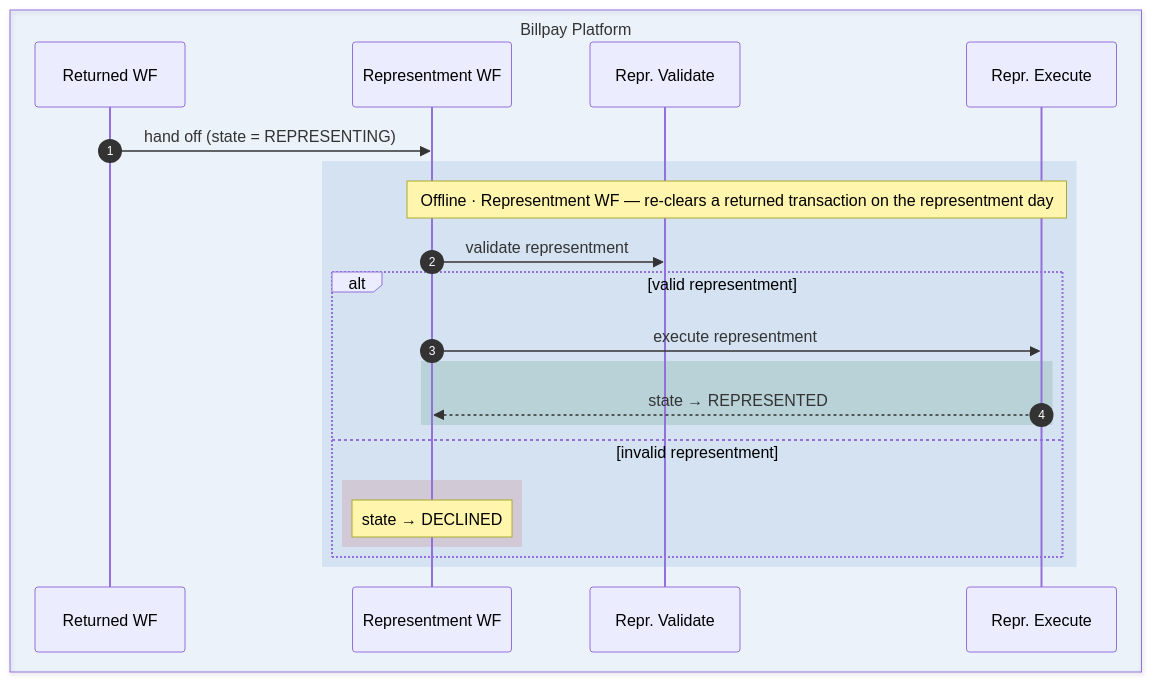
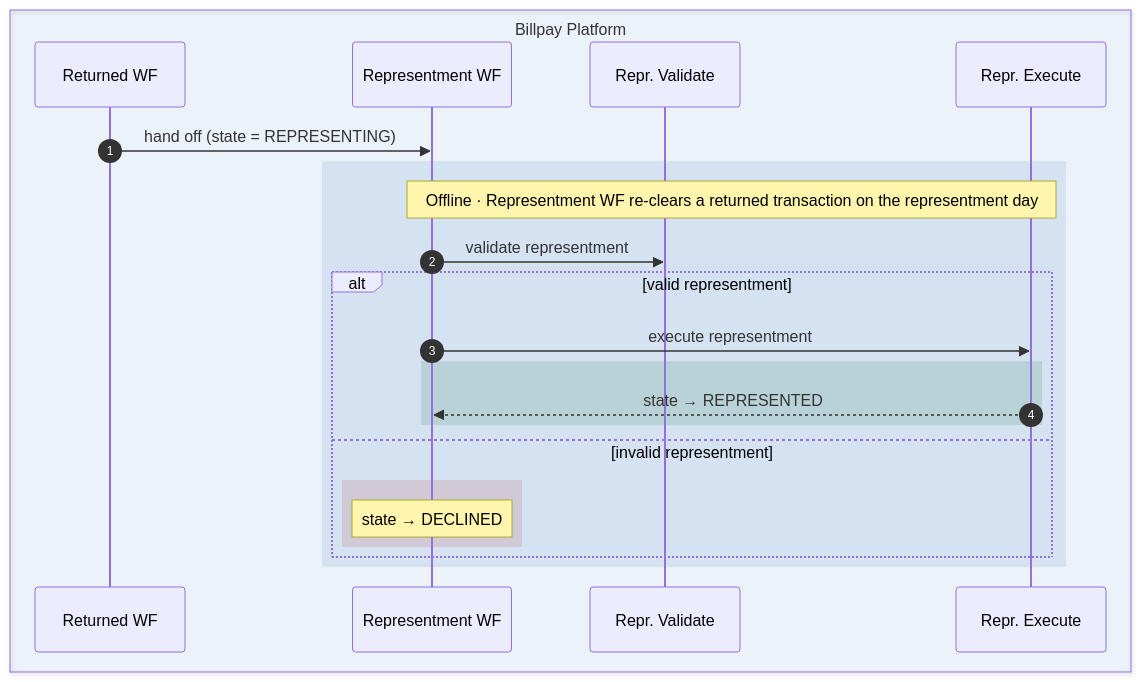
Before and after one commit to arunav-bhattacharya/billpay-book: the eighth of 12 diagrams in website/docs/design/diagrams/sequence-diagram.md, drawn with Mermaid. The commit also changed other lines of this file and 95 other files, not shown here.

````diff
--- a/website/docs/design/diagrams/sequence-diagram.md
+++ b/website/docs/design/diagrams/sequence-diagram.md
@@ -569,28 +569,28 @@
 ```mermaid
 sequenceDiagram
   autonumber
 
   box rgba(1,111,208,0.06) Billpay Platform
     participant PR as Returned WF
     participant PRP as Representment WF
     participant PRRV as Repr. Validate
     participant PRRX as Repr. Execute
   end
 
   PR->>PRP: hand off (state = REPRESENTING)
 
   rect rgba(1,91,179,0.10)
-    Note over PRP,PRRX: Offline · Representment WF — re-clears a returned transaction on the representment day
+    Note over PRP,PRRX: Offline · Representment WF re-clears a returned transaction on the representment day
     PRP->>PRRV: validate representment
     alt valid representment
       PRP->>PRRX: execute representment
       rect rgba(47,125,84,0.16)
         PRRX-->>PRP: state → REPRESENTED
       end
     else invalid representment
       rect rgba(192,57,43,0.14)
         Note over PRP: state → DECLINED
       end
     end
   end
 ```
````
